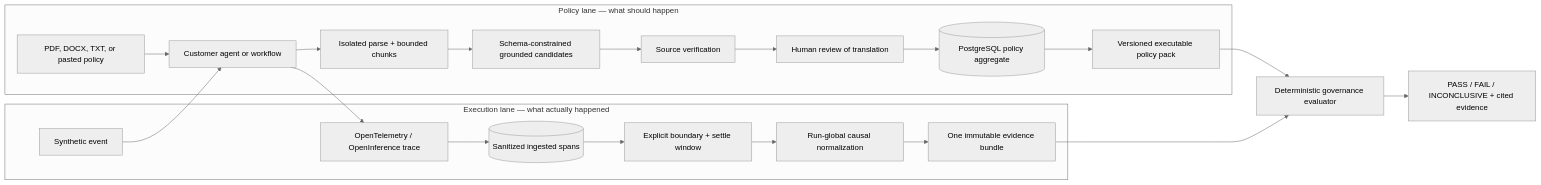
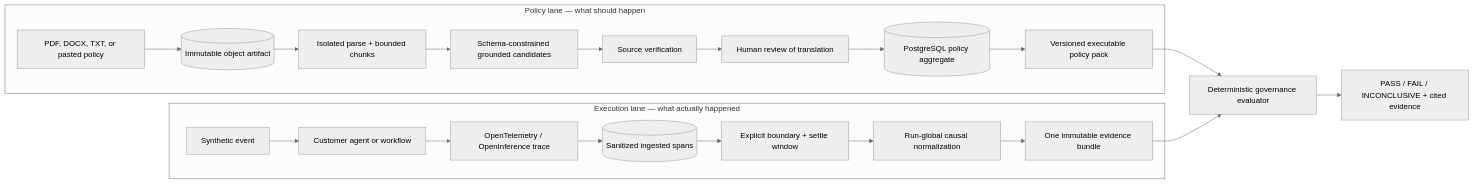
The diagram in docs/architecture.md (ducnguyen67201/Featherlane-AI), drawn with Mermaid (neutral theme) before and after one commit. The commit also changed 67 other files, not shown here.

````diff
--- a/docs/architecture.md
+++ b/docs/architecture.md
@@ -5,23 +5,23 @@
 ```mermaid
 flowchart LR
   subgraph Policy["Policy lane — what should happen"]
     S["PDF, DOCX, TXT, or pasted policy"] --> A[("Immutable object artifact")]
     A --> X["Isolated parse + bounded chunks"]
     X --> O["Schema-constrained grounded candidates"]
     O --> V["Source verification"]
     V --> H["Human review of translation"]
     H --> D[("PostgreSQL policy aggregate")]
     D --> P["Versioned executable policy pack"]
   end
   subgraph Execution["Execution lane — what actually happened"]
-    E["Synthetic event"] --> A["Customer agent or workflow"]
-    A --> T["OpenTelemetry / OpenInference trace"]
+    E["Synthetic event"] --> C["Customer agent or workflow"]
+    C --> T["OpenTelemetry / OpenInference trace"]
     T --> I[("Sanitized ingested spans")]
     I --> F["Explicit boundary + settle window"]
     F --> N["Run-global causal normalization"]
     N --> B["One immutable evidence bundle"]
   end
   P --> G["Deterministic governance evaluator"]
   B --> G
   G --> R["PASS / FAIL / INCONCLUSIVE + cited evidence"]
 ```
````
